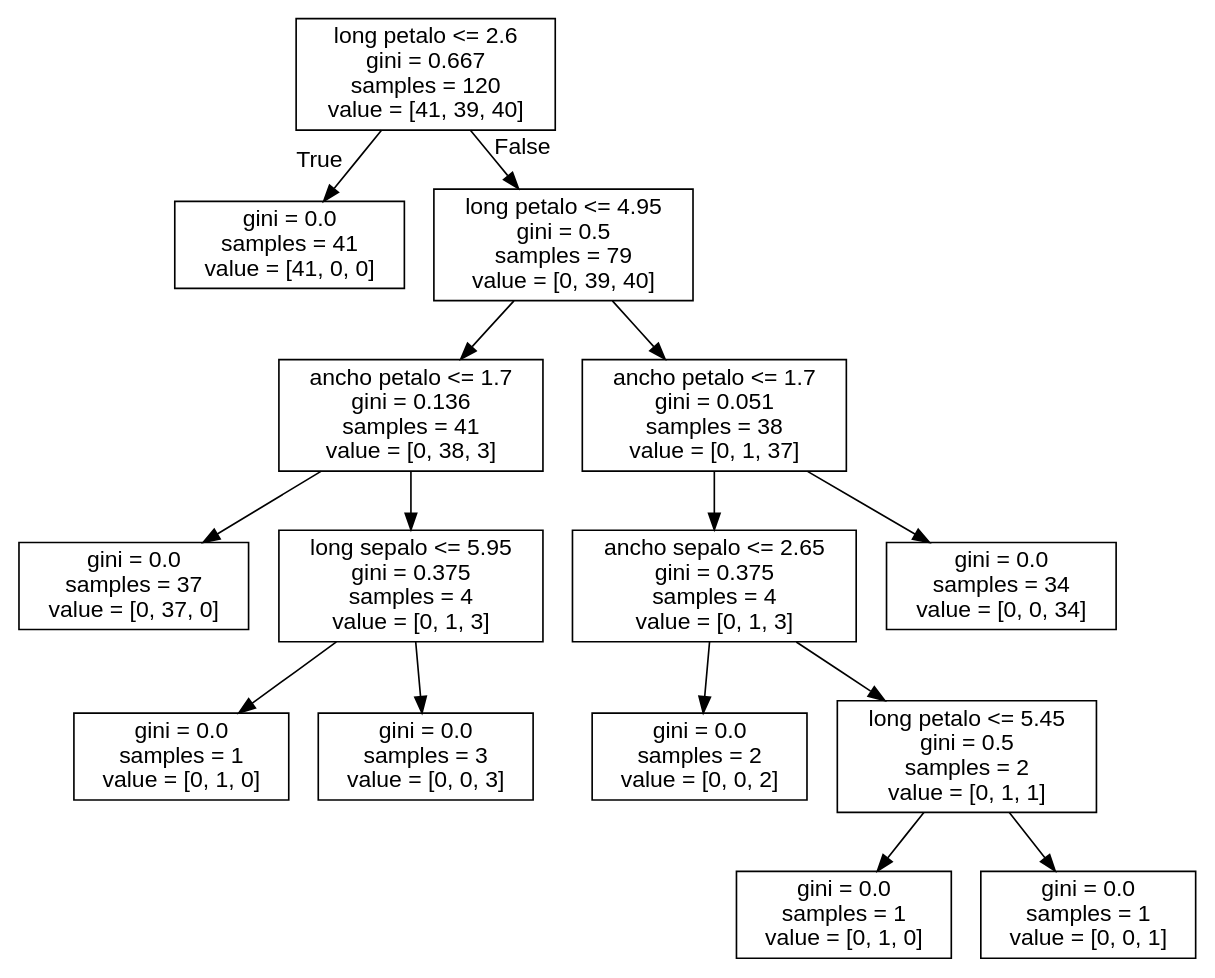
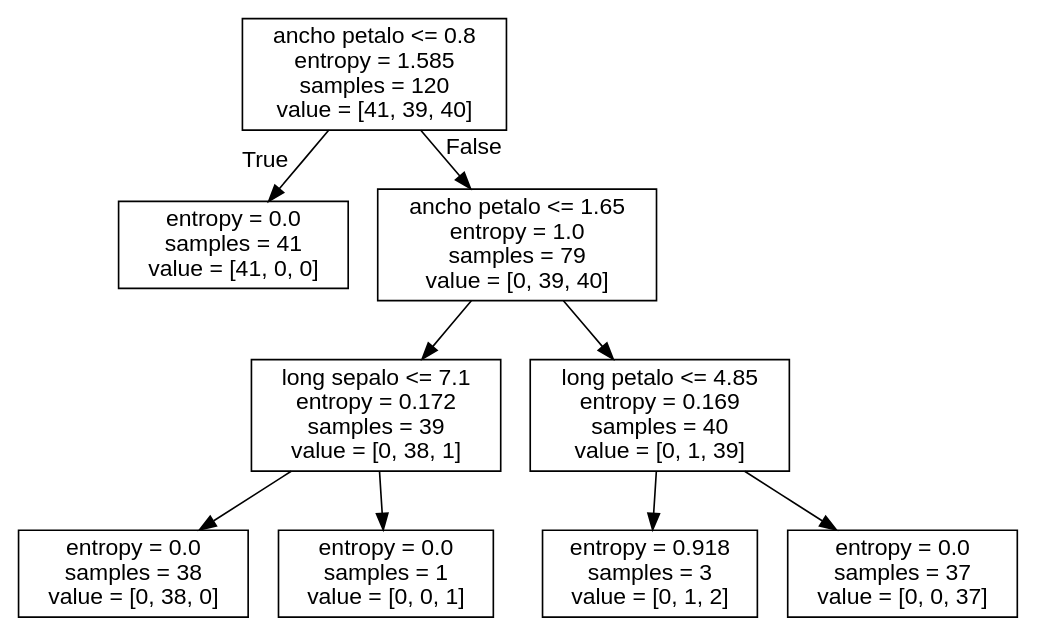
Before and after one commit to amarnathedison/caipc-amarnath: the diagram in tree.dot, drawn with Graphviz. The commit also changed 3 other files, not shown here.

```diff
--- a/tree.dot
+++ b/tree.dot
@@ -1,33 +1,21 @@
 digraph Tree {
 node [shape=box, fontname="helvetica"] ;
 edge [fontname="helvetica"] ;
-0 [label="long petalo <= 2.6\ngini = 0.667\nsamples = 120\nvalue = [41, 39, 40]"] ;
-1 [label="gini = 0.0\nsamples = 41\nvalue = [41, 0, 0]"] ;
+0 [label="ancho petalo <= 0.8\nentropy = 1.585\nsamples = 120\nvalue = [41, 39, 40]"] ;
+1 [label="entropy = 0.0\nsamples = 41\nvalue = [41, 0, 0]"] ;
 0 -> 1 [labeldistance=2.5, labelangle=45, headlabel="True"] ;
-2 [label="long petalo <= 4.95\ngini = 0.5\nsamples = 79\nvalue = [0, 39, 40]"] ;
+2 [label="ancho petalo <= 1.65\nentropy = 1.0\nsamples = 79\nvalue = [0, 39, 40]"] ;
 0 -> 2 [labeldistance=2.5, labelangle=-45, headlabel="False"] ;
-3 [label="ancho petalo <= 1.7\ngini = 0.136\nsamples = 41\nvalue = [0, 38, 3]"] ;
+3 [label="long sepalo <= 7.1\nentropy = 0.172\nsamples = 39\nvalue = [0, 38, 1]"] ;
 2 -> 3 ;
-4 [label="gini = 0.0\nsamples = 37\nvalue = [0, 37, 0]"] ;
+4 [label="entropy = 0.0\nsamples = 38\nvalue = [0, 38, 0]"] ;
 3 -> 4 ;
-5 [label="long sepalo <= 5.95\ngini = 0.375\nsamples = 4\nvalue = [0, 1, 3]"] ;
+5 [label="entropy = 0.0\nsamples = 1\nvalue = [0, 0, 1]"] ;
 3 -> 5 ;
-6 [label="gini = 0.0\nsamples = 1\nvalue = [0, 1, 0]"] ;
-5 -> 6 ;
-7 [label="gini = 0.0\nsamples = 3\nvalue = [0, 0, 3]"] ;
-5 -> 7 ;
-8 [label="ancho petalo <= 1.7\ngini = 0.051\nsamples = 38\nvalue = [0, 1, 37]"] ;
-2 -> 8 ;
-9 [label="ancho sepalo <= 2.65\ngini = 0.375\nsamples = 4\nvalue = [0, 1, 3]"] ;
-8 -> 9 ;
-10 [label="gini = 0.0\nsamples = 2\nvalue = [0, 0, 2]"] ;
-9 -> 10 ;
-11 [label="long petalo <= 5.45\ngini = 0.5\nsamples = 2\nvalue = [0, 1, 1]"] ;
-9 -> 11 ;
-12 [label="gini = 0.0\nsamples = 1\nvalue = [0, 1, 0]"] ;
-11 -> 12 ;
-13 [label="gini = 0.0\nsamples = 1\nvalue = [0, 0, 1]"] ;
-11 -> 13 ;
-14 [label="gini = 0.0\nsamples = 34\nvalue = [0, 0, 34]"] ;
-8 -> 14 ;
+6 [label="long petalo <= 4.85\nentropy = 0.169\nsamples = 40\nvalue = [0, 1, 39]"] ;
+2 -> 6 ;
+7 [label="entropy = 0.918\nsamples = 3\nvalue = [0, 1, 2]"] ;
+6 -> 7 ;
+8 [label="entropy = 0.0\nsamples = 37\nvalue = [0, 0, 37]"] ;
+6 -> 8 ;
 }
```
